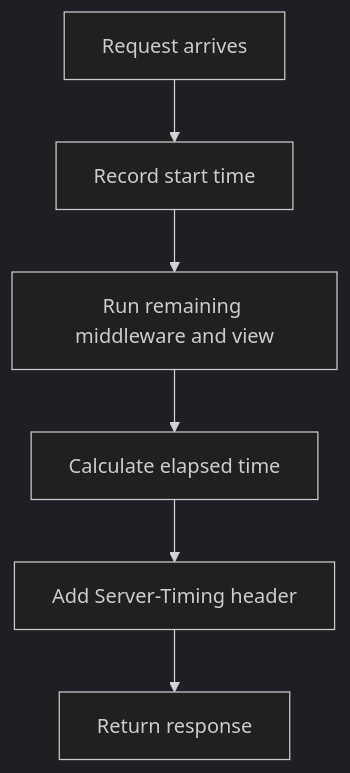
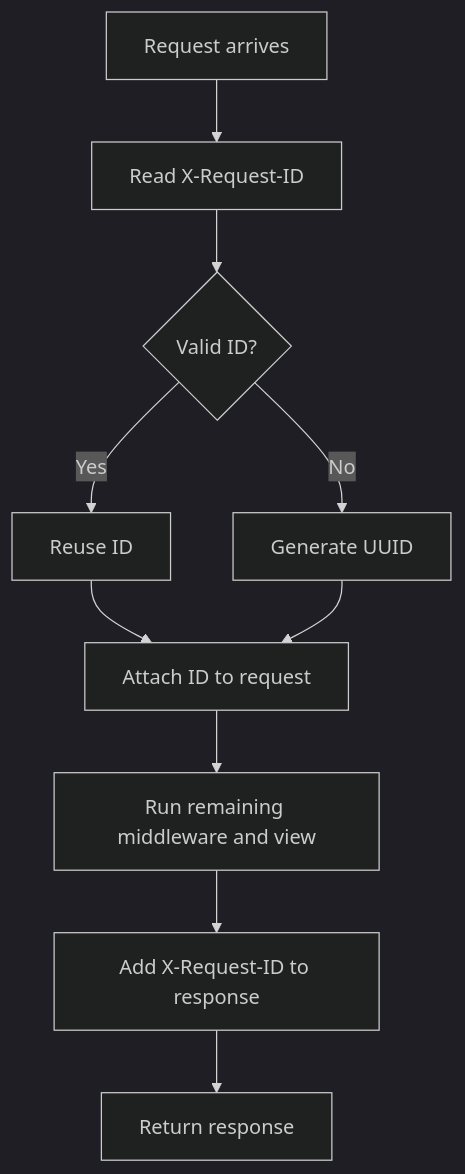
One commit to AvadhBhalodiya/Interview-Preparation changed the third of 4 diagrams in src/content/django/middleware.md. Above: the diagram before and after it, drawn with Mermaid (dark theme). The commit also changed other lines of this file and 80 other files, not shown here.

````diff
--- a/src/content/django/middleware.md
+++ b/src/content/django/middleware.md
@@ -624,8 +234,12 @@
 ```mermaid
 flowchart TD
-    A[Request arrives] --> B[Record start time]
-    B --> C[Run remaining middleware and view]
-    C --> D[Calculate elapsed time]
-    D --> E[Add Server-Timing header]
-    E --> F[Return response]
+    A[Request arrives] --> B[Read X-Request-ID]
+    B --> C{Valid ID?}
+    C -->|Yes| D[Reuse ID]
+    C -->|No| E[Generate UUID]
+    D --> F[Attach ID to request]
+    E --> F
+    F --> G[Run remaining middleware and view]
+    G --> H[Add X-Request-ID to response]
+    H --> I[Return response]
 ```
````
